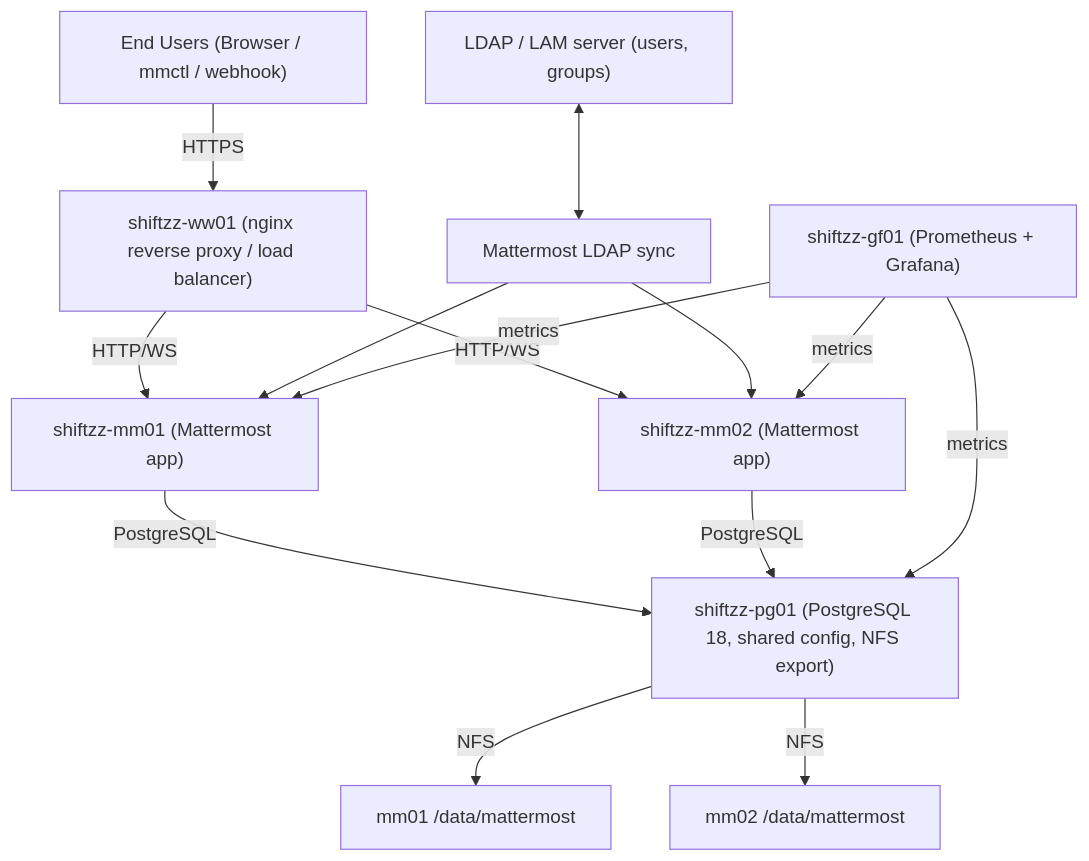
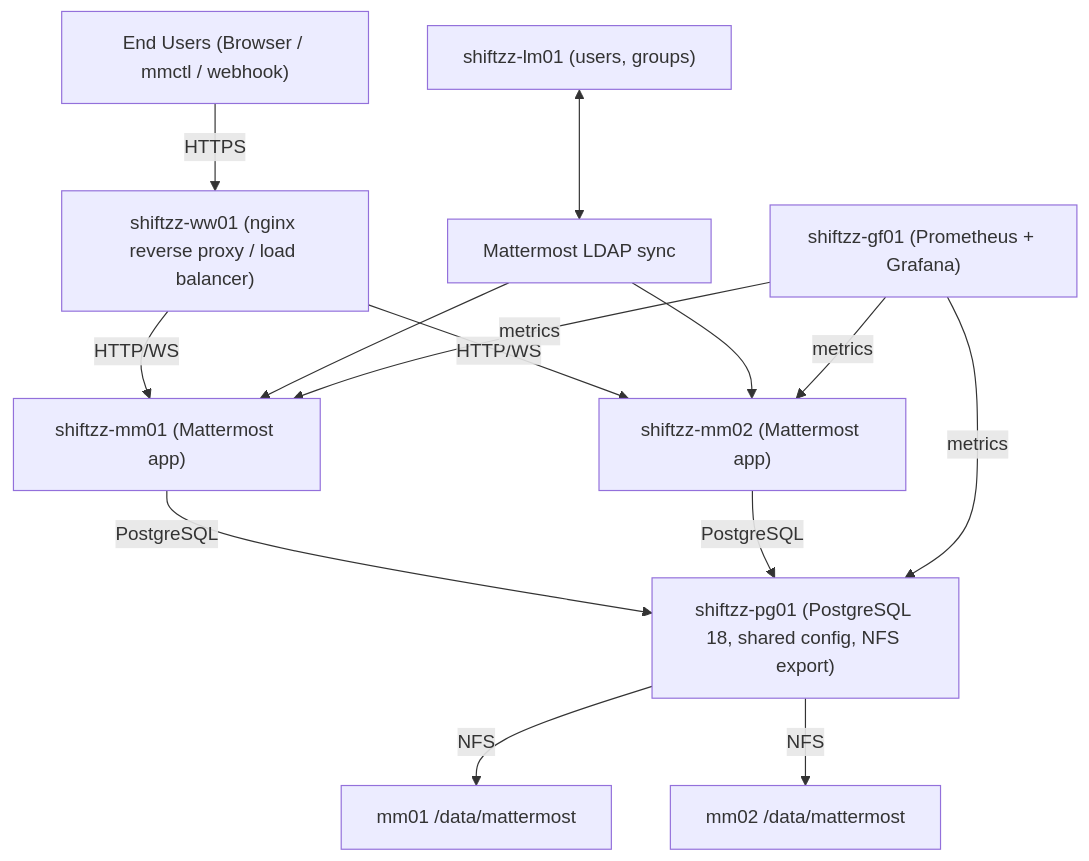
The diagram in 01_docs/20260415_mattermost_installation_documentation_v4.md (shiftZZnet/mattermost), drawn with Mermaid before and after one commit.

Commit message:
Update 20260415_mattermost_installation_documentation_v4.md
added LDAP hostname to mermaid

````diff
--- a/01_docs/20260415_mattermost_installation_documentation_v4.md
+++ b/01_docs/20260415_mattermost_installation_documentation_v4.md
@@ -49,38 +49,38 @@
 ```mermaid
 flowchart TB
 
 EU["End Users (Browser / mmctl / webhook)"]
 RP["shiftzz-ww01 (nginx reverse proxy / load balancer)"]
 
 MM1["shiftzz-mm01 (Mattermost app)"]
 MM2["shiftzz-mm02 (Mattermost app)"]
 
 DB["shiftzz-pg01 (PostgreSQL 18, shared config, NFS export)"]
 
 NFS1["mm01 /data/mattermost"]
 NFS2["mm02 /data/mattermost"]
 
-LDAP["LDAP / LAM server (users, groups)"]
+LDAP["shiftzz-lm01 (users, groups)"]
 LDAPSYNC["Mattermost LDAP sync"]
 
 GF["shiftzz-gf01 (Prometheus + Grafana)"]
 
 EU -->|HTTPS| RP
 
 RP -->|HTTP/WS| MM1
 RP -->|HTTP/WS| MM2
 
 MM1 -->|PostgreSQL| DB
 MM2 -->|PostgreSQL| DB
 
 DB -->|NFS| NFS1
 DB -->|NFS| NFS2
 
 LDAP <--> LDAPSYNC
 LDAPSYNC --> MM1
 LDAPSYNC --> MM2
 
 GF -->|metrics| MM1
 GF -->|metrics| MM2
 GF -->|metrics| DB
 ```
````
